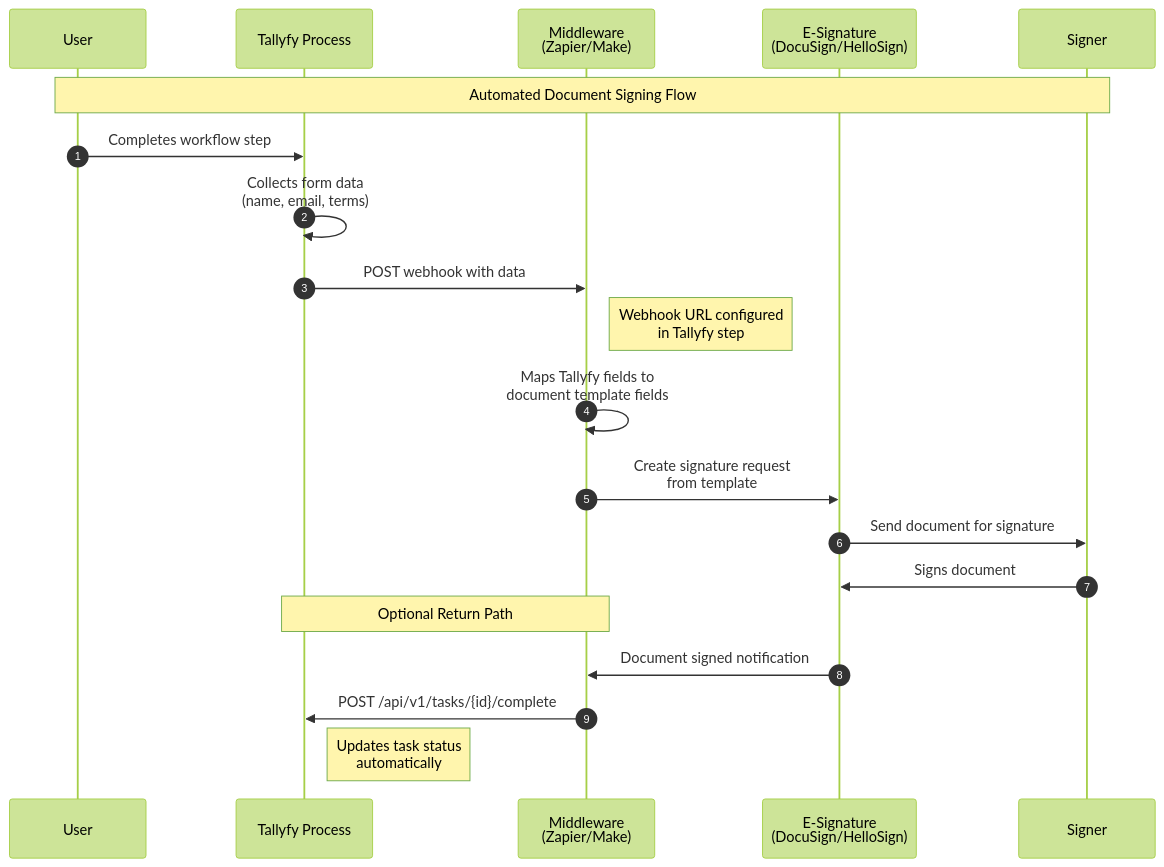
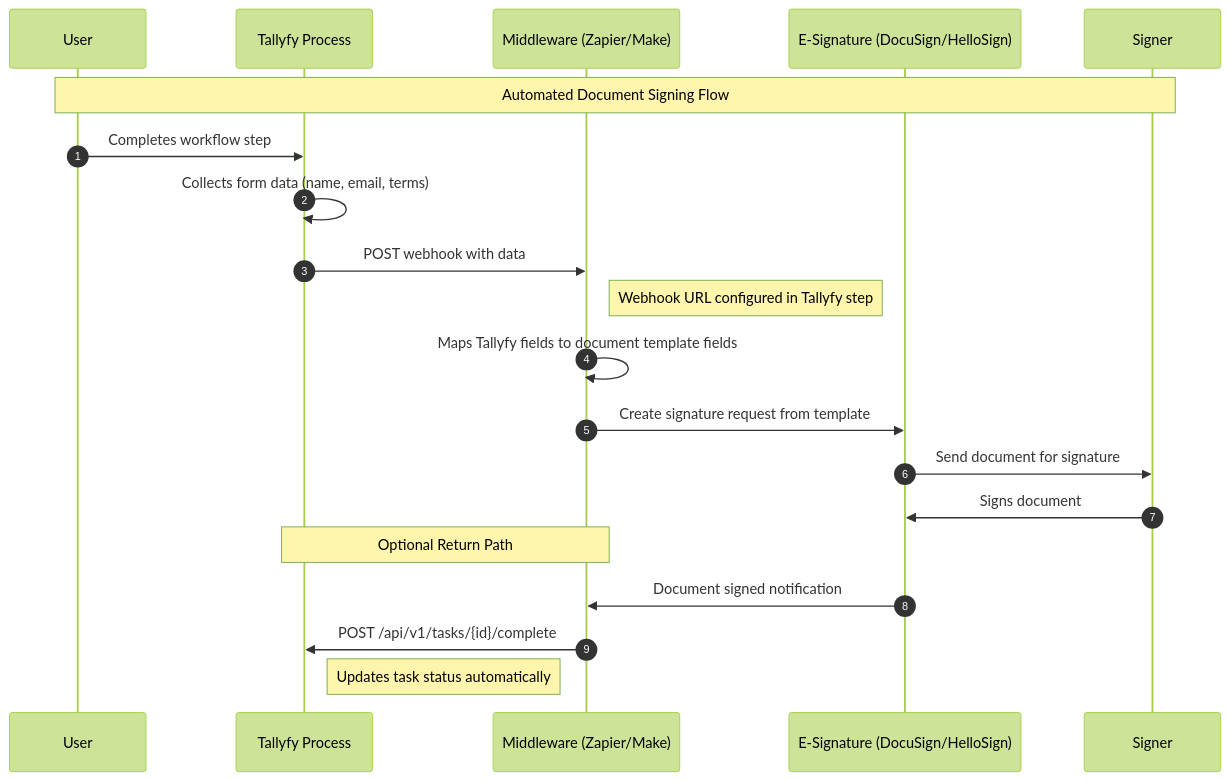
One commit to tallyfy/documentation changed the diagram in src/content/docs/pro/documenting/documents/how-can-i-automate-document-signing-with-tallyfy.mdx. Above: the diagram before and after it, drawn with Mermaid. The commit also changed 46 other files, not shown here.

Commit message:
Update Mermaid notation

````diff
--- a/src/content/docs/pro/documenting/documents/how-can-i-automate-document-signing-with-tallyfy.mdx
+++ b/src/content/docs/pro/documenting/documents/how-can-i-automate-document-signing-with-tallyfy.mdx
@@ -43,27 +43,27 @@
 ```mermaid
 %%{init: {'theme':'forest'}}%%
 sequenceDiagram
-    autonumber
-    participant User
-    participant T as Tallyfy Process
-    participant M as Middleware<br/>(Zapier/Make)
-    participant E as E-Signature<br/>(DocuSign/HelloSign)
-    participant S as Signer
-    
-    Note over User,S: Automated Document Signing Flow
-    
-    User->>T: Completes workflow step
-    T->>T: Collects form data<br/>(name, email, terms)
-    T->>M: POST webhook with data
-    Note right of M: Webhook URL configured<br/>in Tallyfy step
-    
-    M->>M: Maps Tallyfy fields to<br/>document template fields
-    M->>E: Create signature request<br/>from template
-    E->>S: Send document for signature
-    S->>E: Signs document
-    
-    Note over M,T: Optional Return Path
-    E->>M: Document signed notification
-    M->>T: POST /api/v1/tasks/{id}/complete
-    Note right of T: Updates task status<br/>automatically
+ autonumber
+ participant User
+ participant T as Tallyfy Process
+ participant M as Middleware (Zapier/Make)
+ participant E as E-Signature (DocuSign/HelloSign)
+ participant S as Signer
+ 
+ Note over User,S: Automated Document Signing Flow
+ 
+ User->>T: Completes workflow step
+ T->>T: Collects form data (name, email, terms)
+ T->>M: POST webhook with data
+ Note right of M: Webhook URL configured in Tallyfy step
+ 
+ M->>M: Maps Tallyfy fields to document template fields
+ M->>E: Create signature request from template
+ E->>S: Send document for signature
+ S->>E: Signs document
+ 
+ Note over M,T: Optional Return Path
+ E->>M: Document signed notification
+ M->>T: POST /api/v1/tasks/{id}/complete
+ Note right of T: Updates task status automatically
 ```
````
